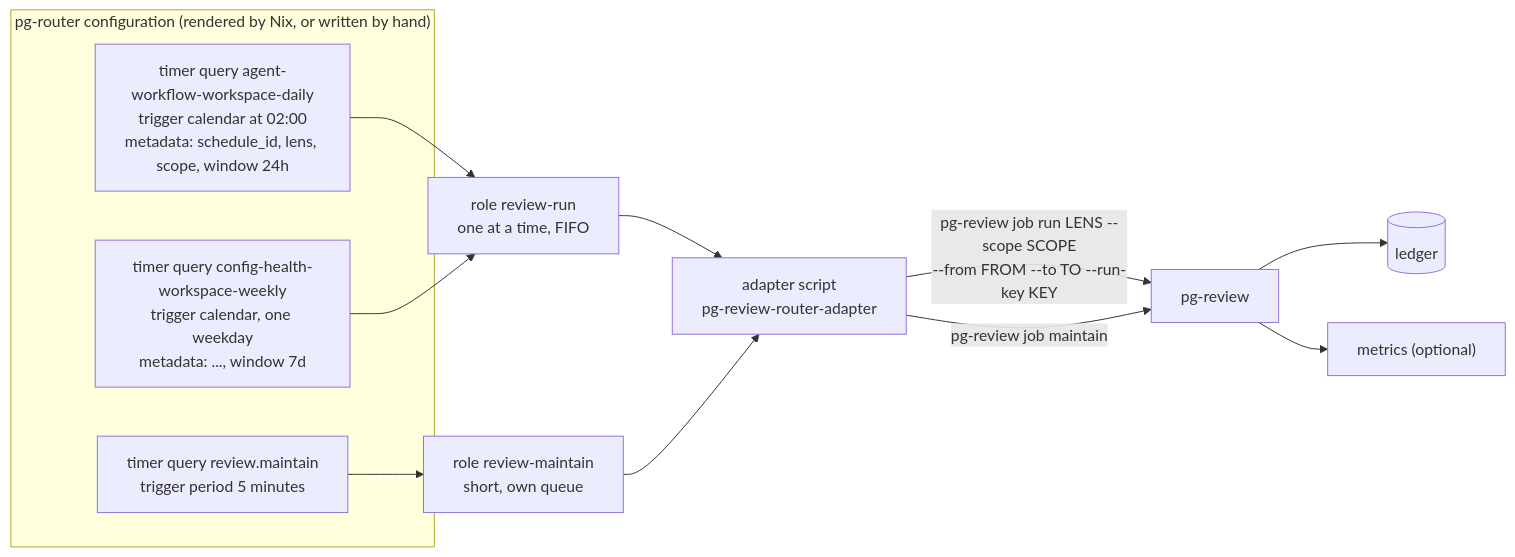
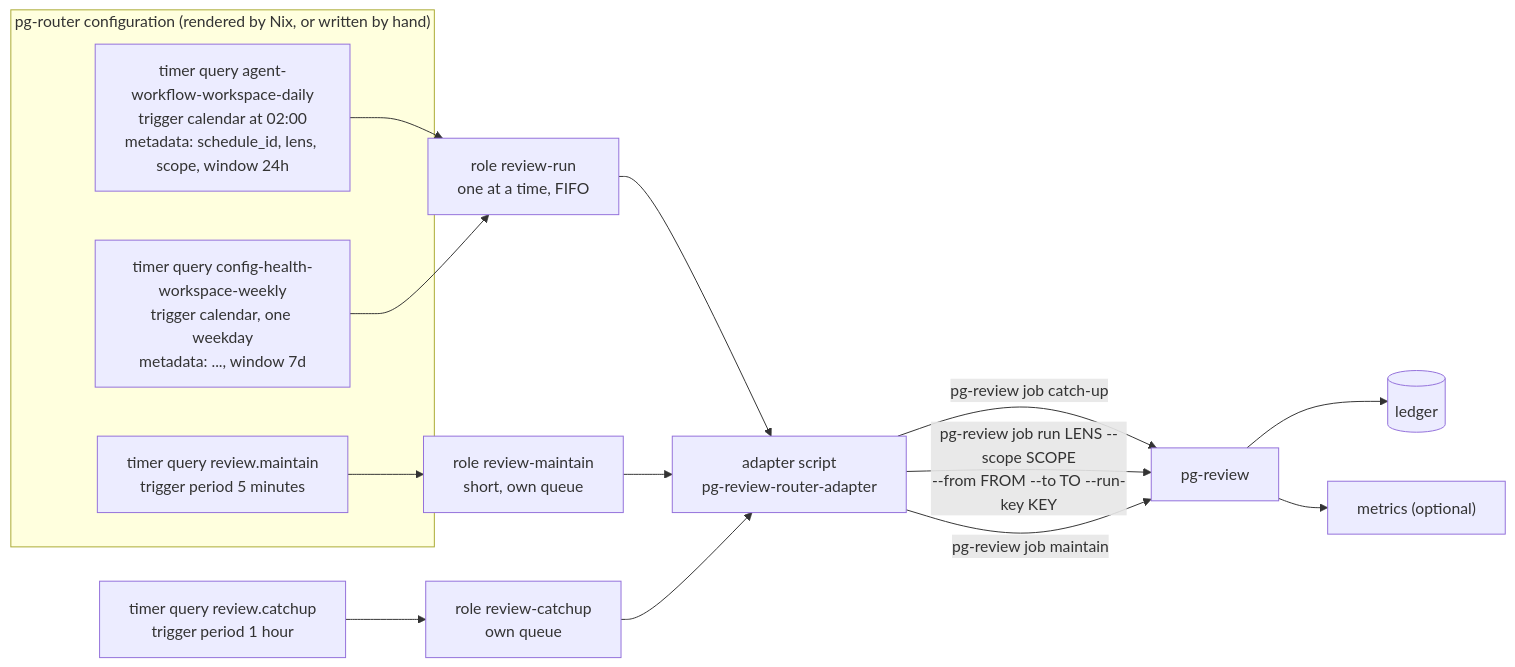
Before and after one commit to phillipgreenii/nix-agent-support: the ninth of 9 diagrams in packages/pg-review/docs/design.md, drawn with Mermaid. The commit also changed other lines of this file and 22 other files, not shown here.

First line of the commit message:
pg-review: catch up Skipped scheduled windows, add unfiled-window gauge and alert

````diff
--- a/packages/pg-review/docs/design.md
+++ b/packages/pg-review/docs/design.md
@@ -882,17 +882,20 @@
 ```mermaid
 flowchart LR
   subgraph Cfg["pg-router configuration (rendered by Nix, or written by hand)"]
     S1["timer query agent-workflow-workspace-daily<br/>trigger calendar at 02:00<br/>metadata: schedule_id, lens, scope, window 24h"]
     S2["timer query config-health-workspace-weekly<br/>trigger calendar, one weekday<br/>metadata: ..., window 7d"]
     S3["timer query review.maintain<br/>trigger period 5 minutes"]
   end
   S1 --> R1["role review-run<br/>one at a time, FIFO"]
   S2 --> R1
   S3 --> R2["role review-maintain<br/>short, own queue"]
+  S4["timer query review.catchup<br/>trigger period 1 hour"] --> R3["role review-catchup<br/>own queue"]
   R1 --> AD["adapter script<br/>pg-review-router-adapter"]
   R2 --> AD
+  R3 --> AD
+  AD -->|"pg-review job catch-up"| CLI
   AD -->|"pg-review job run LENS --scope SCOPE<br/>--from FROM --to TO --run-key KEY"| CLI["pg-review"]
   AD -->|"pg-review job maintain"| CLI
   CLI --> LED[("ledger")]
   CLI --> MET["metrics (optional)"]
 ```
````
